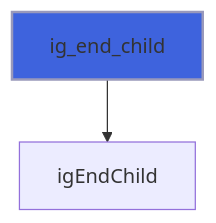
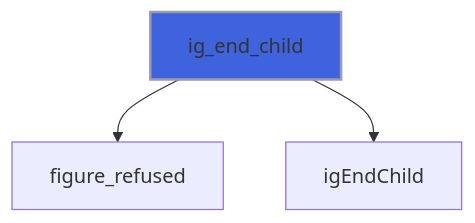
One commit to szaghi/figure changed the fourth of 26 diagrams in docs/api/src/lib/figure_group.md. Above: the diagram before and after it, drawn with Mermaid. The commit also changed other lines of this file and 13 other files, not shown here.

````diff
--- a/docs/api/src/lib/figure_group.md
+++ b/docs/api/src/lib/figure_group.md
@@ -155,5 +155,6 @@
 ```mermaid
 flowchart TD
+  ig_end_child["ig_end_child"] --> figure_refused["figure_refused"]
   ig_end_child["ig_end_child"] --> igEndChild["igEndChild"]
   style ig_end_child fill:#3e63dd,stroke:#99b,stroke-width:2px
 ```
````
